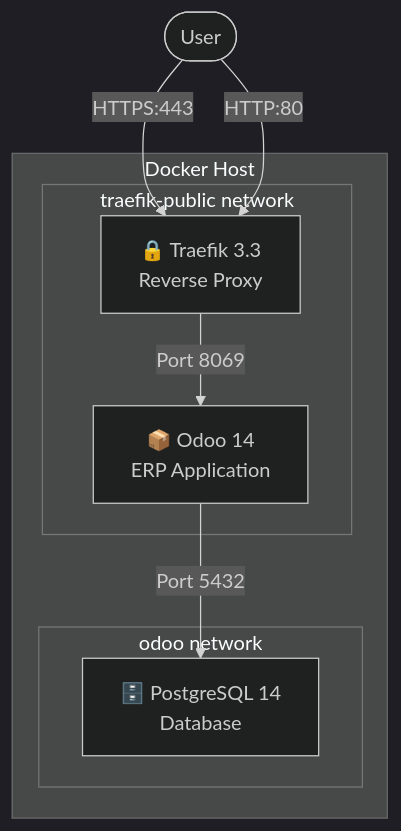
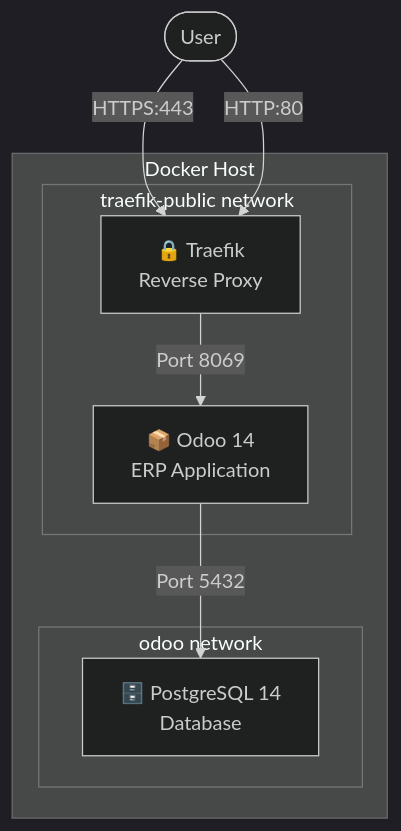
One commit to naufalseira/odoo-14 changed the first of 2 diagrams in README.md. Above: the diagram before and after it, drawn with Mermaid (dark theme). The commit also changed other lines of this file, not shown here.

````diff
--- a/README.md
+++ b/README.md
@@ -26,17 +26,17 @@
 ```mermaid
 graph TD
     User([User]) -->|HTTPS:443| Traefik
     User -->|HTTP:80| Traefik
 
     subgraph "Docker Host"
         subgraph "traefik-public network"
-            Traefik["🔒 Traefik 3.3<br/>Reverse Proxy"]
+            Traefik["🔒 Traefik<br/>Reverse Proxy"]
             Traefik -->|Port 8069| Odoo["📦 Odoo 14<br/>ERP Application"]
         end
 
         subgraph "odoo network"
             Odoo -->|Port 5432| DB["🗄️ PostgreSQL 14<br/>Database"]
         end
 
     end
 ```
````
